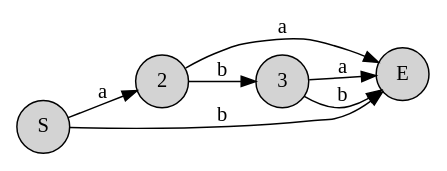
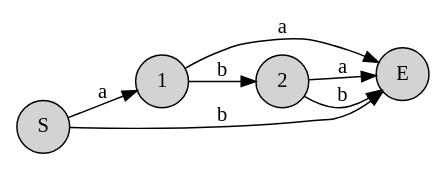
The diagram in automaton/__snapshot__/dfa_concat.dot (illusory0x0/containers.mbt), drawn with Graphviz before and after one commit. The commit also changed 11 other files, not shown here.

```diff
--- a/automaton/__snapshot__/dfa_concat.dot
+++ b/automaton/__snapshot__/dfa_concat.dot
@@ -1,15 +1,15 @@
 
 digraph {
 rankdir=LR;
 node [shape = circle; style = filled;];
-0->2[label="a"];
-0->1[label="b"];
-2->1[label="a"];
+0->1[label="a"];
+0->3[label="b"];
+1->3[label="a"];
+1->2[label="b"];
+2->3[label="a"];
 2->3[label="b"];
-3->1[label="a"];
-3->1[label="b"];
 0 [label="S";]
-1 [label="E";]
+1 [label="1";]
 2 [label="2";]
-3 [label="3";]
+3 [label="E";]
 }
```
